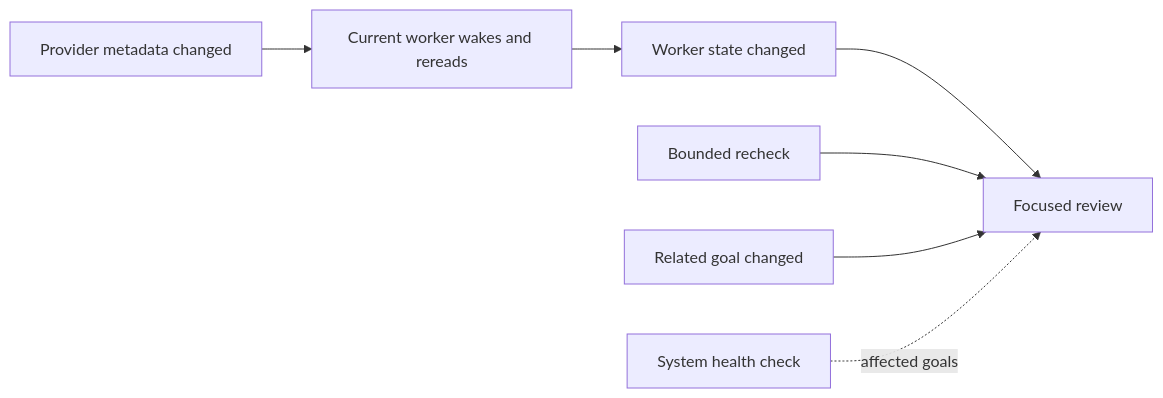
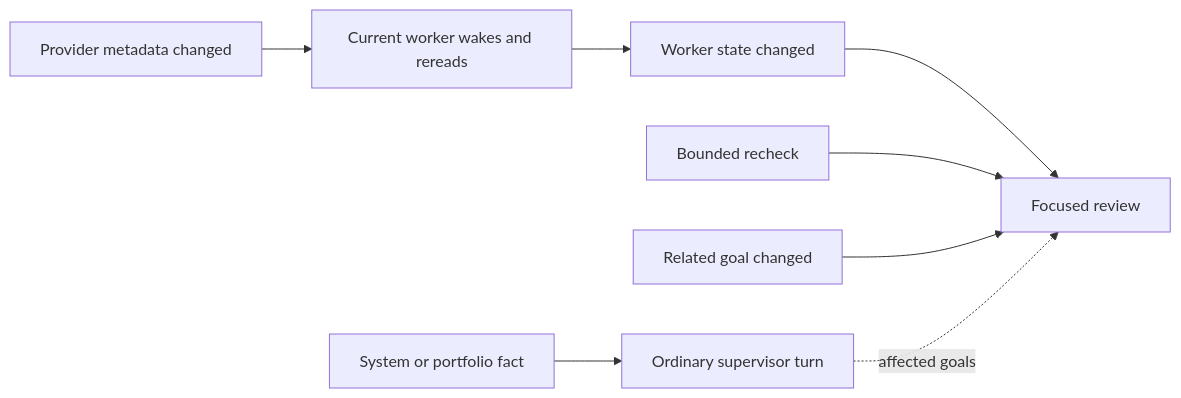
One commit to hao1939/herdr-supervisor changed the second of 4 diagrams in docs/design.md. Above: the diagram before and after it, drawn with Mermaid. The commit also changed other lines of this file and 22 other files, not shown here.

````diff
--- a/docs/design.md
+++ b/docs/design.md
@@ -153,9 +176,10 @@
 ```mermaid
 flowchart LR
     A[Worker state changed] --> Q[Focused review]
     B[Bounded recheck] --> Q
     C[Related goal changed] --> Q
     D[Provider metadata changed] --> W[Current worker wakes and rereads]
     W --> A
-    E[System health check] -. affected goals .-> Q
+    E[System or portfolio fact] --> S[Ordinary supervisor turn]
+    S -. affected goals .-> Q
 ```
````
